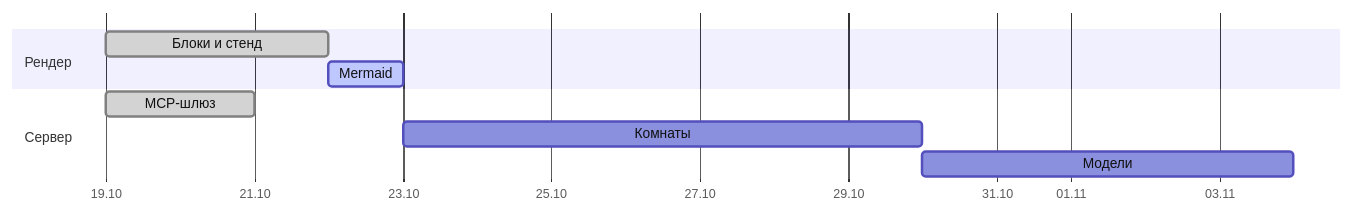
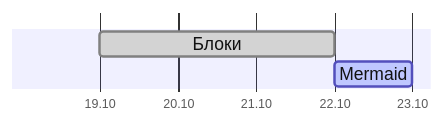
One commit to kscht/spiridus-docs changed the eighth of 13 diagrams in examples/documents/13-mermaid.md. Above: the diagram before and after it, drawn with Mermaid. The commit also changed other lines of this file and 56 other files, not shown here.

````diff
--- a/examples/documents/13-mermaid.md
+++ b/examples/documents/13-mermaid.md
@@ -107,14 +130,10 @@
 ```mermaid
-%%{init: {"themeVariables": {"taskTextColor": "#111", "taskTextDarkColor": "#111", "taskTextOutsideColor": "#111"}}}%%
+%%{init: {"gantt": {"useWidth": 350, "leftPadding": 70, "rightPadding": 30, "fontSize": 14}, "themeVariables": {"taskTextColor": "#111", "taskTextDarkColor": "#111", "taskTextOutsideColor": "#111"}}}%%
 gantt
   dateFormat YYYY-MM-DD
   todayMarker off
   axisFormat %d.%m
-  section Рендер
-  Блоки и стенд      :done, r1, 2026-10-19, 3d
-  Mermaid            :active, r2, after r1, 1d
-  section Сервер
-  MCP-шлюз           :done, m1, 2026-10-19, 2d
-  Комнаты            :c1, after r2, 7d
-  Модели             :after c1, 5d
+  tickInterval 1day
+  Блоки :done, r1, 2026-10-19, 3d
+  Mermaid :active, r2, after r1, 1d
 ```
````
